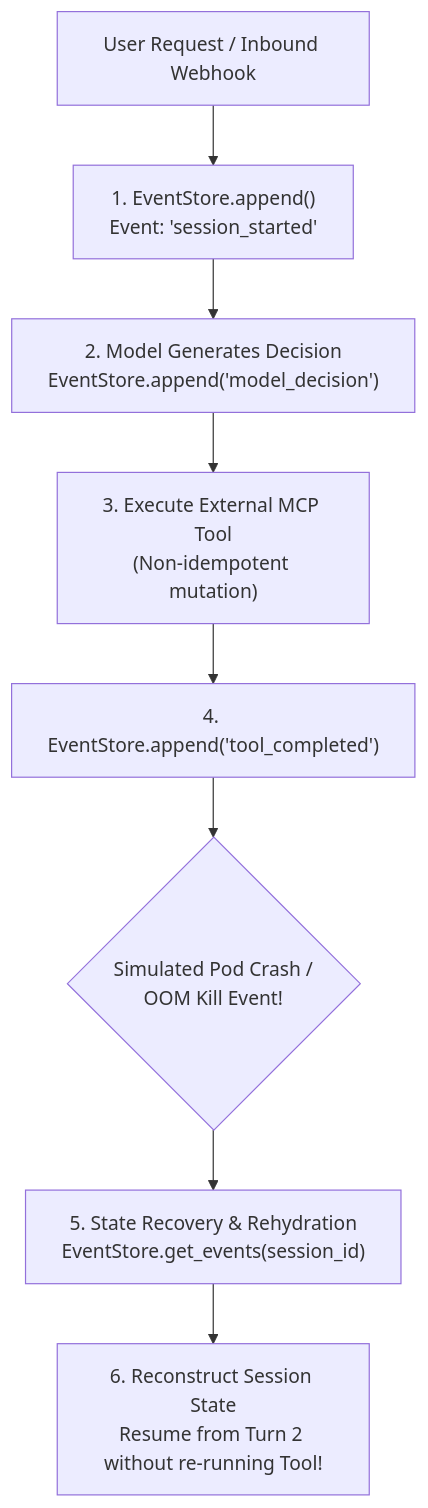
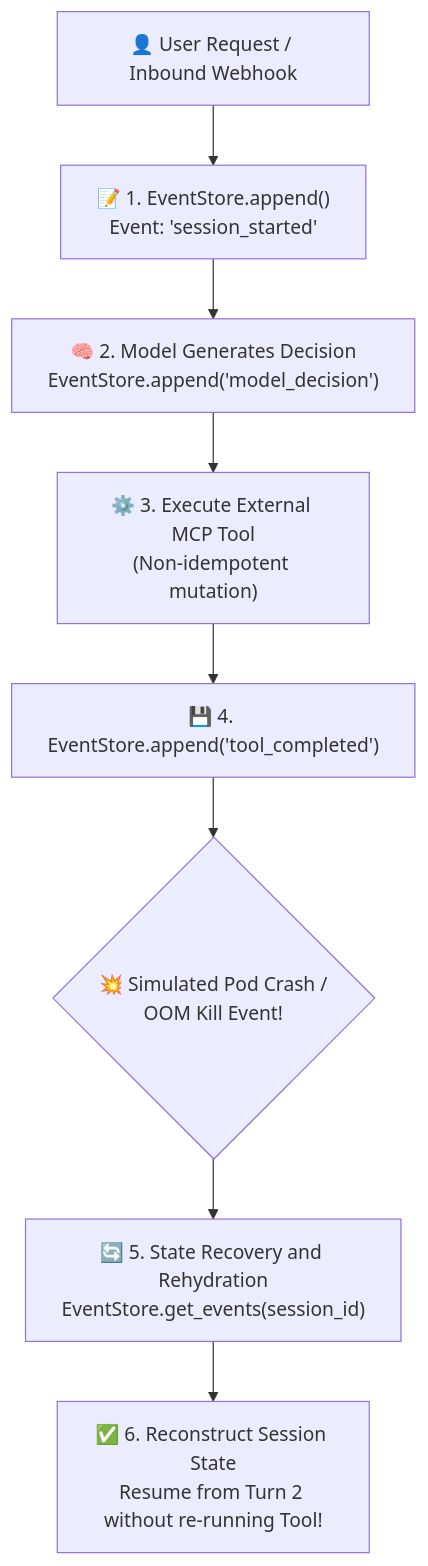
One commit to dip4k/senior-engineer-to-ai-engineer-roadmap changed the diagram in labs/lab-03-stateful-agent-orchestration.md. Above: the diagram before and after it, drawn with Mermaid. The commit also changed other lines of this file and 94 other files, not shown here.

Commit message:
refactor(curriculum): complete Phase 04 upgrade and enforce diagram renderer invariants

````diff
--- a/labs/lab-03-stateful-agent-orchestration.md
+++ b/labs/lab-03-stateful-agent-orchestration.md
@@ -20,13 +22,13 @@
 ```mermaid
 flowchart TD
-    UserTrigger["User Request / Inbound Webhook"] --> SessionInit["1. EventStore.append()<br>Event: 'session_started'"]
+    UserTrigger["👤 User Request / Inbound Webhook"] --> SessionInit["📝 1. EventStore.append()<br>Event: 'session_started'"]
     
-    SessionInit --> ModelStep["2. Model Generates Decision<br>EventStore.append('model_decision')"]
-    ModelStep --> ToolExec["3. Execute External MCP Tool<br>(Non-idempotent mutation)"]
-    ToolExec --> ToolDone["4. EventStore.append('tool_completed')"]
+    SessionInit --> ModelStep["🧠 2. Model Generates Decision<br>EventStore.append('model_decision')"]
+    ModelStep --> ToolExec["⚙️ 3. Execute External MCP Tool<br>(Non-idempotent mutation)"]
+    ToolExec --> ToolDone["💾 4. EventStore.append('tool_completed')"]
     
-    ToolDone --> Crash{"Simulated Pod Crash /<br>OOM Kill Event!"}
+    ToolDone --> Crash{"💥 Simulated Pod Crash /<br>OOM Kill Event!"}
     
-    Crash --> Rehydrate["5. State Recovery & Rehydration<br>EventStore.get_events(session_id)"]
-    Rehydrate --> Resume["6. Reconstruct Session State<br>Resume from Turn 2 without re-running Tool!"]
+    Crash --> Rehydrate["🔄 5. State Recovery and Rehydration<br>EventStore.get_events(session_id)"]
+    Rehydrate --> Resume["✅ 6. Reconstruct Session State<br>Resume from Turn 2 without re-running Tool!"]
 ```
````
